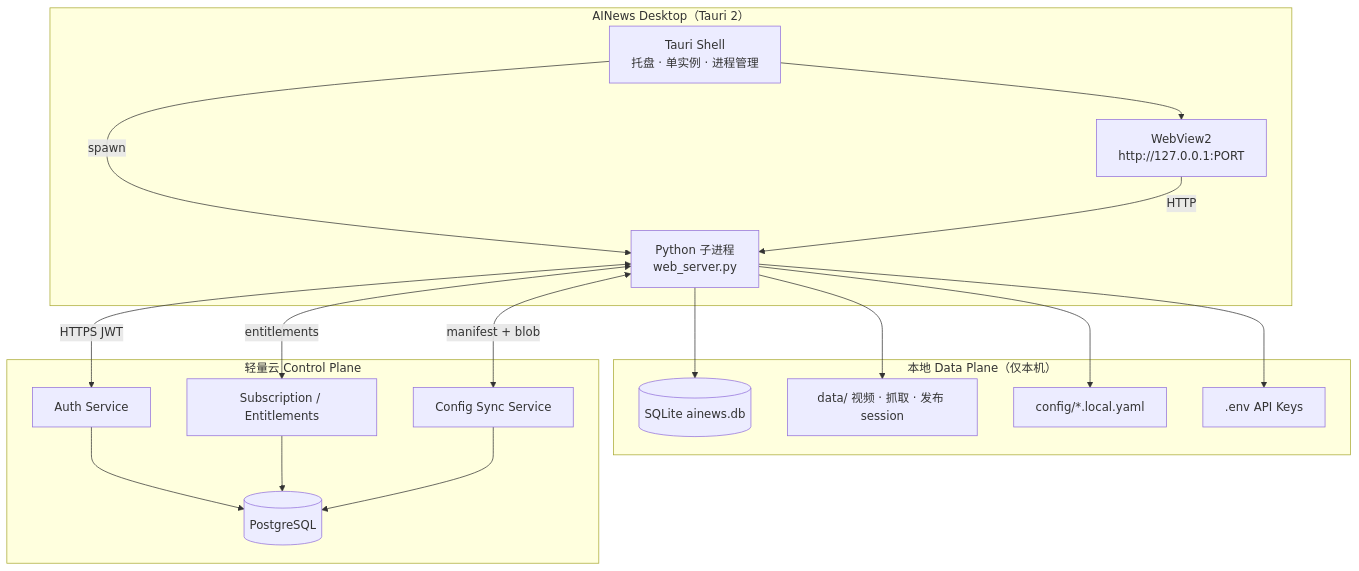
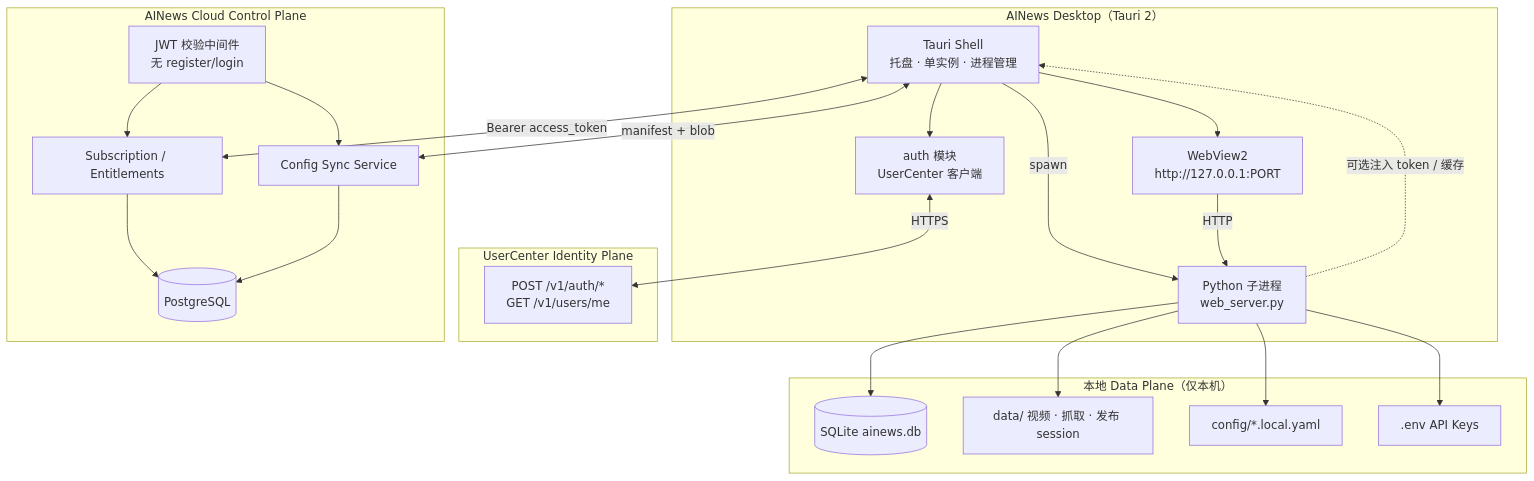
Before and after one commit to mzniu/AINews: the diagram in docs/superpowers/specs/2026-09-04-desktop-cloud-subscription-design.md, drawn with Mermaid. The commit also changed other lines of this file and 1 other file, not shown here.

First line of the commit message:
docs: subscription spec v1.1 UserCenter integration (#11)

````diff
--- a/docs/superpowers/specs/2026-09-04-desktop-cloud-subscription-design.md
+++ b/docs/superpowers/specs/2026-09-04-desktop-cloud-subscription-design.md
@@ -111,36 +119,44 @@
 ```mermaid
 flowchart TB
   subgraph Desktop["AINews Desktop（Tauri 2）"]
     TW[Tauri Shell<br/>托盘 · 单实例 · 进程管理]
+    AUTHUI[auth 模块<br/>UserCenter 客户端]
     WV[WebView2<br/>http://127.0.0.1:PORT]
     PY[Python 子进程<br/>web_server.py]
+    TW --> AUTHUI
     TW --> WV
     TW -->|spawn| PY
     WV -->|HTTP| PY
   end
 
   subgraph LocalData["本地 Data Plane（仅本机）"]
     DB[(SQLite ainews.db)]
-  FILES[data/ 视频 · 抓取 · 发布 session]
+    FILES[data/ 视频 · 抓取 · 发布 session]
     CFG[config/*.local.yaml]
     ENV[.env API Keys]
     PY --> DB
     PY --> FILES
     PY --> CFG
     PY --> ENV
   end
 
-  subgraph Cloud["轻量云 Control Plane"]
-    AUTH[Auth Service]
+  subgraph UC["UserCenter Identity Plane"]
+    UCAUTH[POST /v1/auth/*<br/>GET /v1/users/me]
+  end
+
+  subgraph Cloud["AINews Cloud Control Plane"]
+    JWT[JWT 校验中间件<br/>无 register/login]
     SUB[Subscription / Entitlements]
     SYNC[Config Sync Service]
     DBCL[(PostgreSQL)]
-    AUTH --> DBCL
+    JWT --> SUB
+    JWT --> SYNC
     SUB --> DBCL
     SYNC --> DBCL
   end
 
-  PY <-->|HTTPS JWT| AUTH
-  PY <-->|manifest + blob| SYNC
-  PY <-->|entitlements| SUB
+  AUTHUI <-->|HTTPS| UCAUTH
+  TW <-->|Bearer access_token| SUB
+  TW <-->|manifest + blob| SYNC
+  PY -.->|可选注入 token / 缓存| TW
 ```
````
